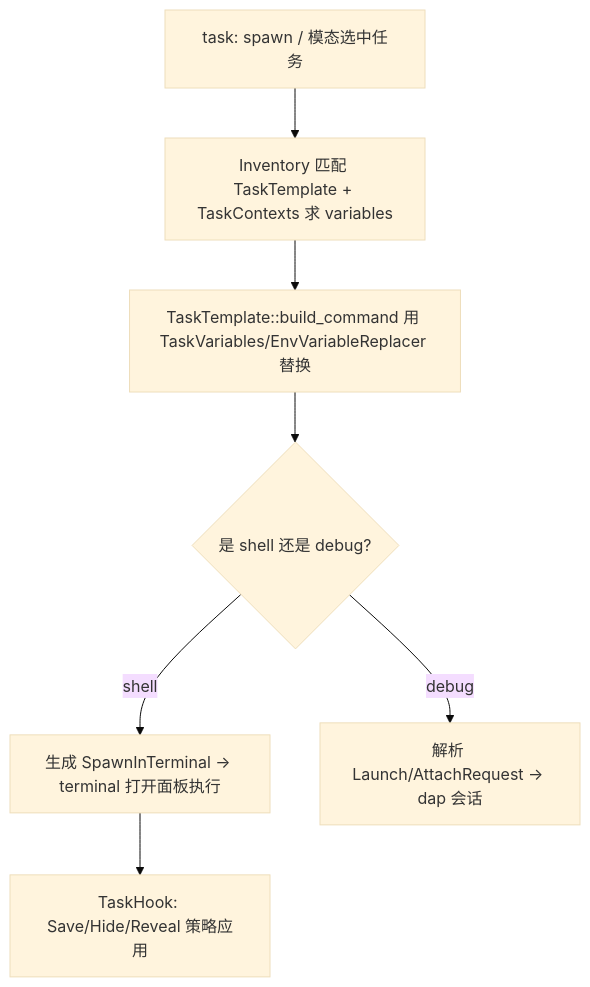
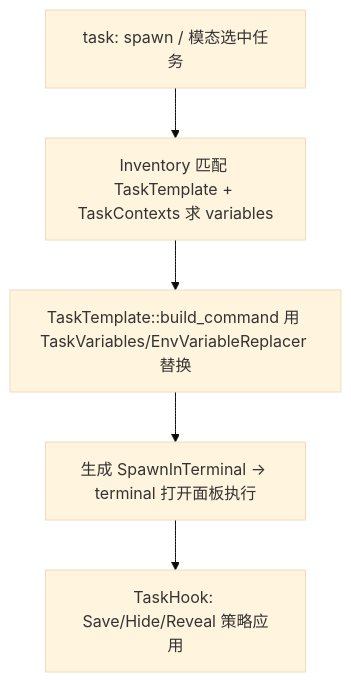
Before and after one commit to rzhangjing/zed: the second of 2 diagrams in wiki/Task-System-Deep-Dive.md, drawn with Mermaid (base theme). The commit also changed other lines of this file and 282 other files, not shown here.

````diff
--- a/wiki/Task-System-Deep-Dive.md
+++ b/wiki/Task-System-Deep-Dive.md
@@ -79,9 +73,7 @@
 ```mermaid
 graph TB
     A["task: spawn / 模态选中任务"] --> B["Inventory 匹配 TaskTemplate + TaskContexts 求 variables"]
     B --> C["TaskTemplate::build_command 用 TaskVariables/EnvVariableReplacer 替换"]
-    C --> D{是 shell 还是 debug?}
-    D -->|shell| E["生成 SpawnInTerminal → terminal 打开面板执行"]
-    D -->|debug| F["解析 Launch/AttachRequest → dap 会话"]
+    C --> E["生成 SpawnInTerminal → terminal 打开面板执行"]
     E --> G["TaskHook: Save/Hide/Reveal 策略应用"]
 ```
````
